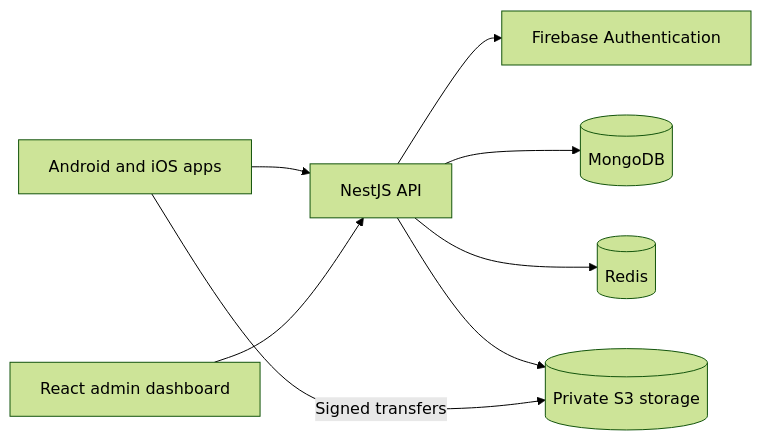
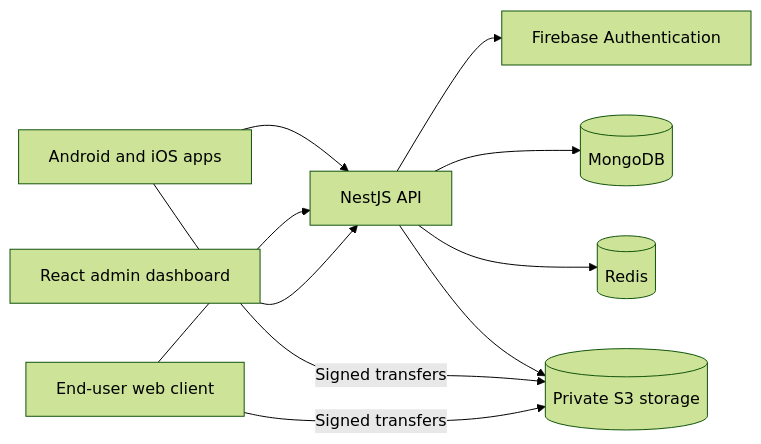
One commit to hatemragab/music_mute changed the diagram in README.md. Above: the diagram before and after it, drawn with Mermaid (forest theme). The commit also changed other lines of this file and 87 other files, not shown here.

Commit message:
feat(web): add end-user client and web API support

````diff
--- a/README.md
+++ b/README.md
@@ -28,10 +30,12 @@
 ```mermaid
 flowchart LR
     Apps[Android and iOS apps] --> API[NestJS API]
+    Web[End-user web client] --> API
     Dashboard[React admin dashboard] --> API
     API --> Firebase[Firebase Authentication]
     API --> MongoDB[(MongoDB)]
     API --> Redis[(Redis)]
     API --> S3[(Private S3 storage)]
     Apps -->|Signed transfers| S3
+    Web -->|Signed transfers| S3
 ```
````
